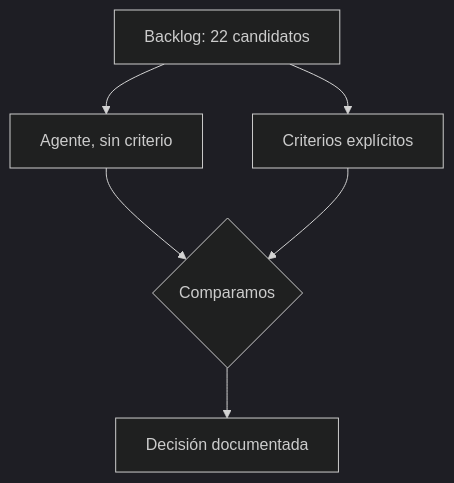
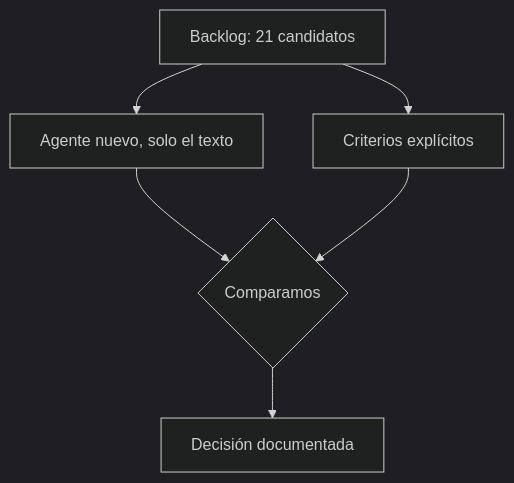
Before and after one commit to FRD898/buildwise: the second of 2 diagrams in docs/curso/taller-1.mdx, drawn with Mermaid (dark theme). The commit also changed other lines of this file and 1 other file, not shown here.

````diff
--- a/docs/curso/taller-1.mdx
+++ b/docs/curso/taller-1.mdx
@@ -132,8 +141,8 @@
 ```mermaid
 flowchart TD
-    A[Backlog: 22 candidatos] --> B[Agente, sin criterio]
+    A[Backlog: 21 candidatos] --> B[Agente nuevo, solo el texto]
     A --> C[Criterios explícitos]
     B --> D{Comparamos}
     C --> D
     D --> E[Decisión documentada]
 ```
````
